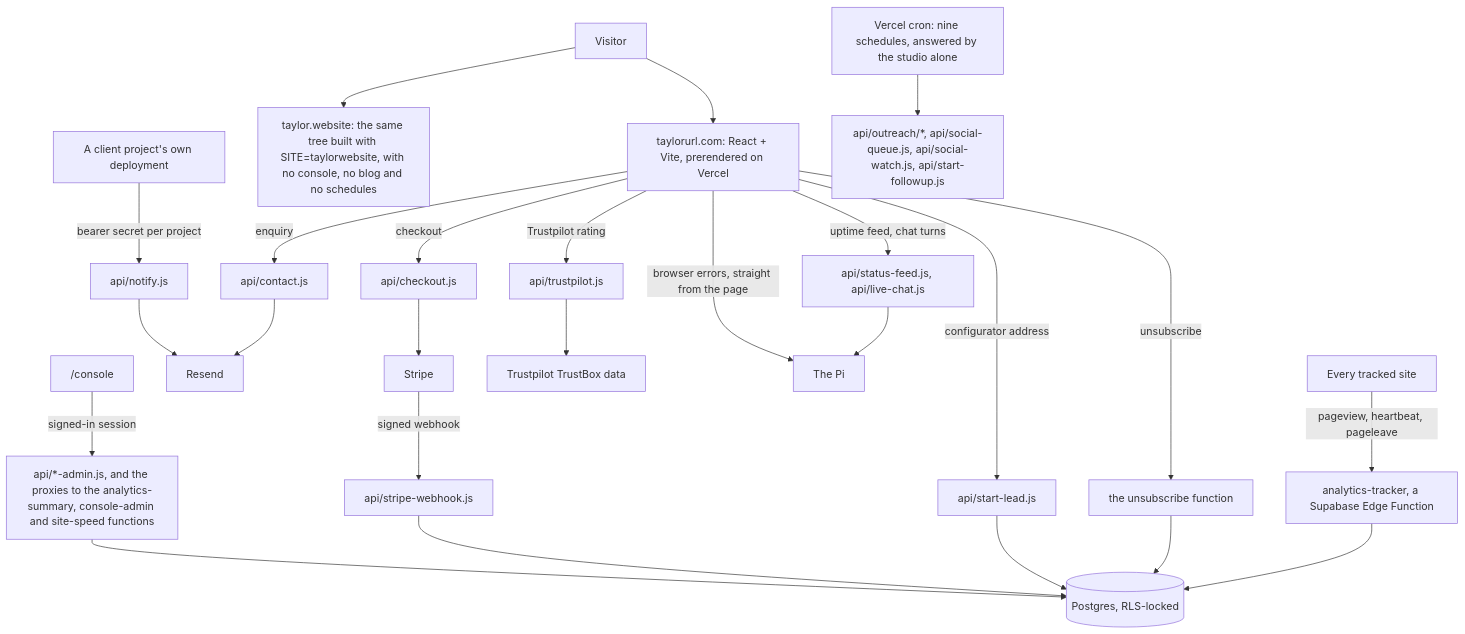
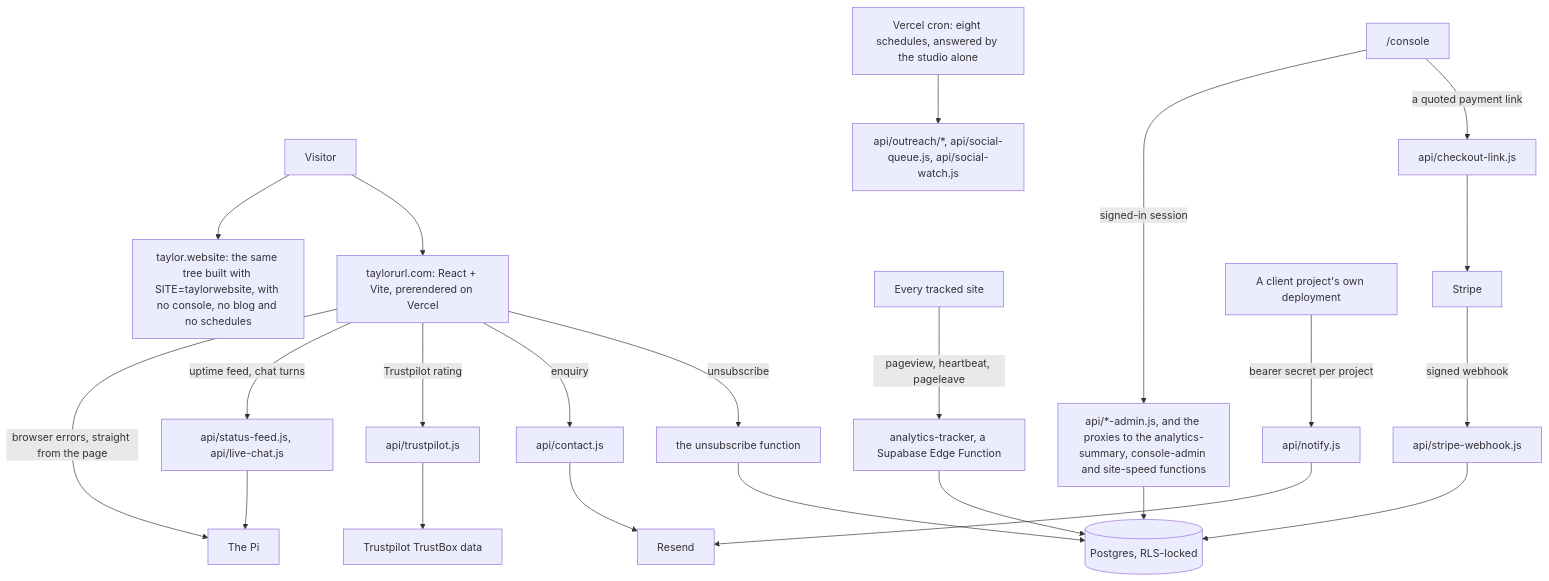
One commit to TaylorURL/taylorurl-com changed the diagram in README.md. Above: the diagram before and after it, drawn with Mermaid. The commit also changed other lines of this file and 119 other files, not shown here.

Commit message:
Take the prices off the site and send every Start a Project button to a contact form

````diff
--- a/README.md
+++ b/README.md
@@ -111,17 +111,16 @@
 ```mermaid
 flowchart TD
     V["Visitor"] --> Site["taylorurl.com: React + Vite, prerendered on Vercel"]
     V --> Sub["taylor.website: the same tree built with SITE=taylorwebsite, with no console, no blog and no schedules"]
     Any["Every tracked site"] -->|"pageview, heartbeat, pageleave"| IN["analytics-tracker, a Supabase Edge Function"]
     IN --> DB[("Postgres, RLS-locked")]
     Site -->|"unsubscribe"| EF["the unsubscribe function"] --> DB
     Site -->|"enquiry"| CT["api/contact.js"] --> RS["Resend"]
-    Site -->|"configurator address"| SL["api/start-lead.js"] --> DB
-    Site -->|"checkout"| CK["api/checkout.js"] --> ST["Stripe"] -->|"signed webhook"| WH["api/stripe-webhook.js"] --> DB
+    Console["/console"] -->|"a quoted payment link"| CK["api/checkout-link.js"] --> ST["Stripe"] -->|"signed webhook"| WH["api/stripe-webhook.js"] --> DB
     Site -->|"Trustpilot rating"| TP["api/trustpilot.js"] --> TB["Trustpilot TrustBox data"]
     Site -->|"uptime feed, chat turns"| PX["api/status-feed.js, api/live-chat.js"] --> PI["The Pi"]
     Site -->|"browser errors, straight from the page"| PI
-    Console["/console"] -->|"signed-in session"| ADM["api/*-admin.js, and the proxies to the analytics-summary, console-admin and site-speed functions"] --> DB
+    Console -->|"signed-in session"| ADM["api/*-admin.js, and the proxies to the analytics-summary, console-admin and site-speed functions"] --> DB
     Client["A client project's own deployment"] -->|"bearer secret per project"| NF["api/notify.js"] --> RS
-    Cron["Vercel cron: nine schedules, answered by the studio alone"] --> Jobs["api/outreach/*, api/social-queue.js, api/social-watch.js, api/start-followup.js"]
+    Cron["Vercel cron: eight schedules, answered by the studio alone"] --> Jobs["api/outreach/*, api/social-queue.js, api/social-watch.js"]
 ```
````
